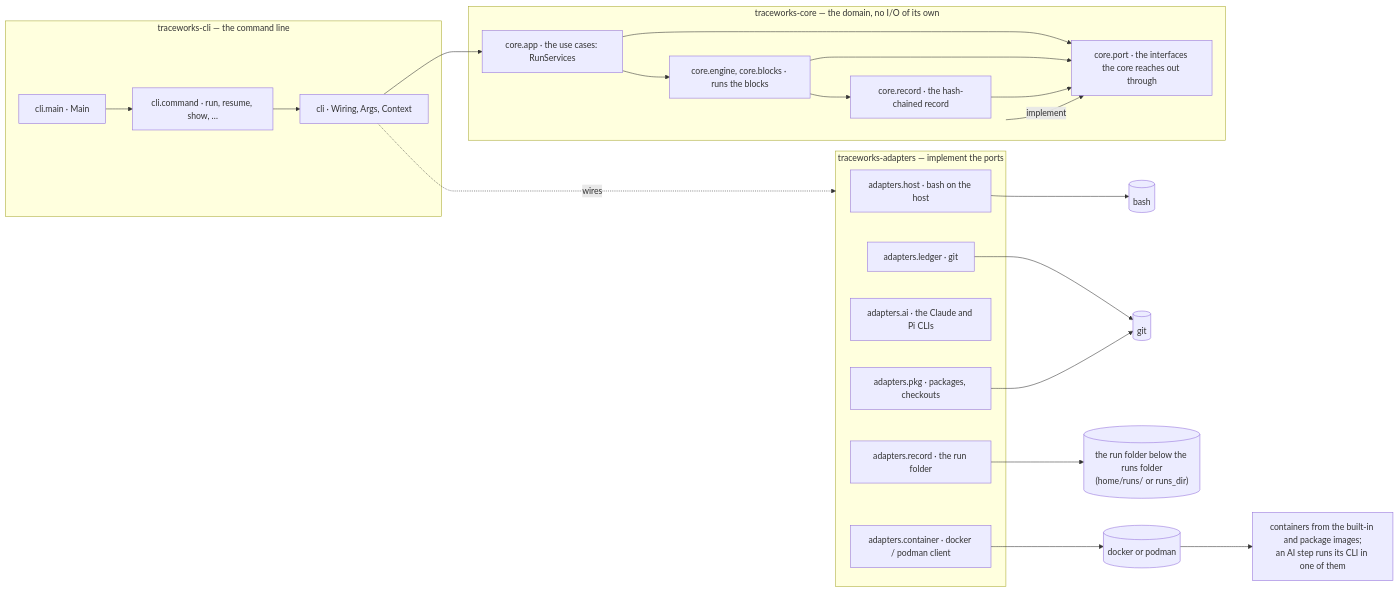
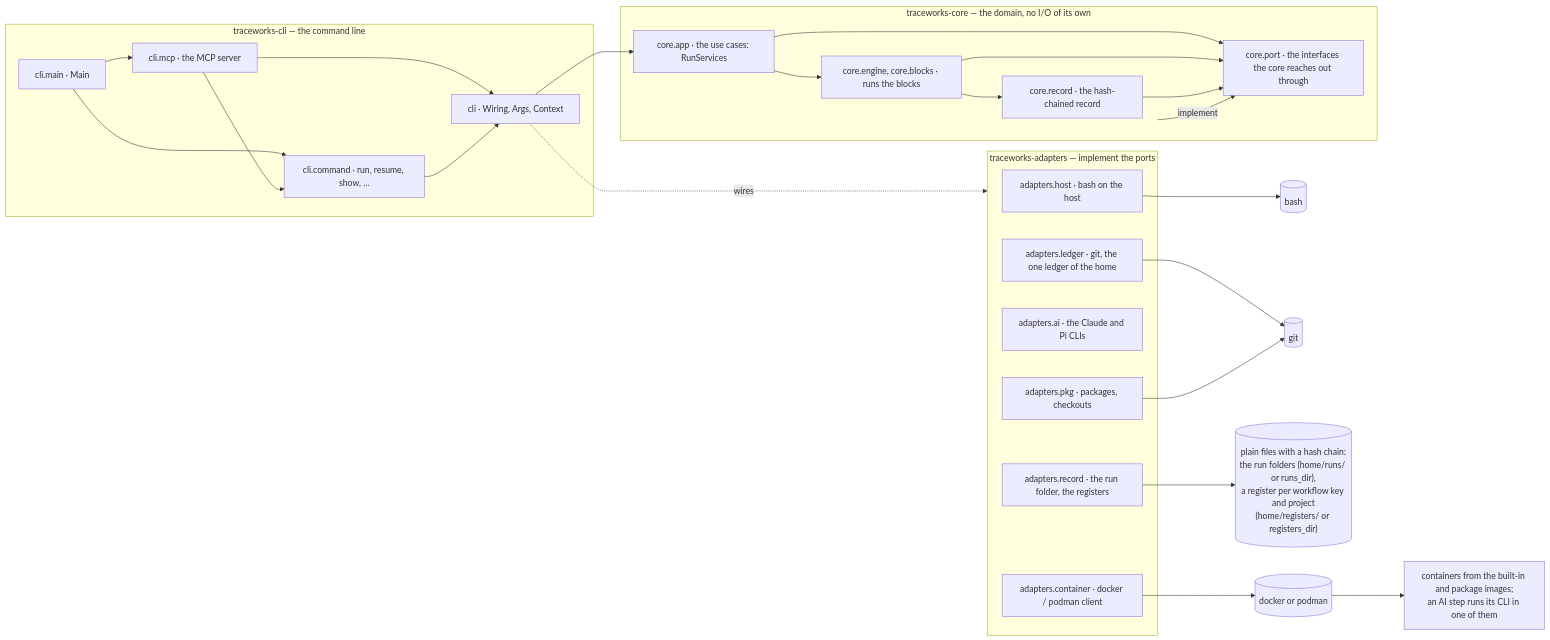
The first of 4 diagrams in docs/architecture.md (FLSEST/traceworks), drawn with Mermaid before and after one commit. The commit also changed other lines of this file and 222 other files, not shown here.

First line of the commit message:
Registers per project, a server for MCP clients, every answer checked, and a reference of the block types

````diff
--- a/docs/architecture.md
+++ b/docs/architecture.md
@@ -108,34 +108,37 @@
 ```mermaid
 flowchart LR
     subgraph cli["traceworks-cli — the command line"]
         Main["cli.main · Main"] --> Commands["cli.command · run, resume, show, …"]
+        Main --> Mcp["cli.mcp · the MCP server"]
+        Mcp --> Commands
+        Mcp --> Wiring
         Commands --> Wiring["cli · Wiring, Args, Context"]
     end
     subgraph core["traceworks-core — the domain, no I/O of its own"]
         App["core.app · the use cases: RunServices"]
         Engine["core.engine, core.blocks · runs the blocks"]
         Record["core.record · the hash-chained record"]
         Ports["core.port · the interfaces the core reaches out through"]
         App --> Engine --> Record
         App --> Ports
         Engine --> Ports
         Record --> Ports
     end
     subgraph adapters["traceworks-adapters — implement the ports"]
         Host["adapters.host · bash on the host"]
         Container["adapters.container · docker / podman client"]
         Ai["adapters.ai · the Claude and Pi CLIs"]
-        Folder["adapters.record · the run folder"]
-        Ledger["adapters.ledger · git"]
+        Folder["adapters.record · the run folder, the registers"]
+        Ledger["adapters.ledger · git, the one ledger of the home"]
         Pkg["adapters.pkg · packages, checkouts"]
     end
     Wiring --> App
     Wiring -. "wires" .-> adapters
     adapters -- "implement" --> Ports
     Container --> Docker[("docker or podman")]
     Host --> Bash[("bash")]
     Ledger --> Git[("git")]
     Pkg --> Git
-    Folder --> Files[("the run folder below the runs folder<br>(home/runs/ or runs_dir)")]
+    Folder --> Files[("plain files with a hash chain:<br>the run folders (home/runs/ or runs_dir),<br>a register per workflow key and project<br>(home/registers/ or registers_dir)")]
     Docker --> Images["containers from the built-in and package images;<br>an AI step runs its CLI in one of them"]
 ```
````
